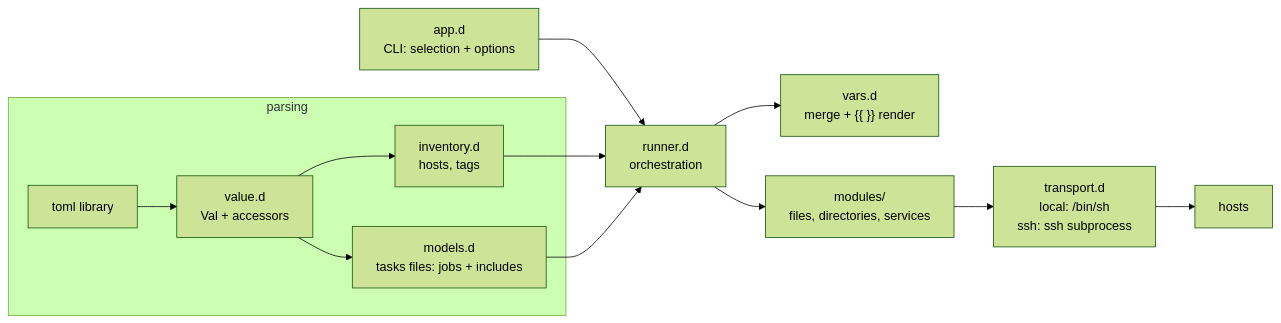
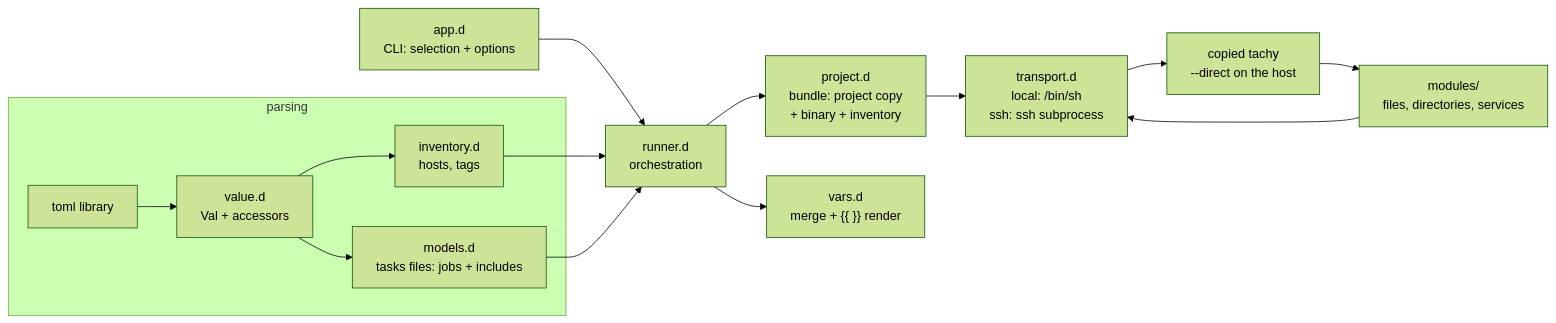
Before and after one commit to marcpmichel/tachy: the diagram in README.md, drawn with Mermaid (forest theme). The commit also changed other lines of this file and 18 other files, not shown here.

````diff
--- a/README.md
+++ b/README.md
@@ -245,15 +402,16 @@
 ```mermaid
 flowchart LR
     CLI["app.d\nCLI: selection + options"] --> RUN["runner.d\norchestration"]
     INV["inventory.d\nhosts, tags"] --> RUN
     MOD["models.d\ntasks files: jobs + includes"] --> RUN
+    RUN --> PROJ["project.d\nbundle: project copy\n+ binary + inventory"]
+    PROJ --> TR["transport.d\nlocal: /bin/sh\nssh: ssh subprocess"]
+    TR --> INNER["copied tachy\n--direct on the host"] --> MODS["modules/\nfiles, directories, services"]
+    MODS --> TR
     RUN --> VARS["vars.d\nmerge + {{ }} render"]
-    RUN --> MODS["modules/\nfiles, directories, services"]
-    MODS --> TR["transport.d\nlocal: /bin/sh\nssh: ssh subprocess"]
-    TR --> HOSTS["hosts"]
     subgraph parsing
         TOML["toml library"] --> VAL["value.d\nVal + accessors"]
         VAL --> INV
         VAL --> MOD
     end
 ```
````
